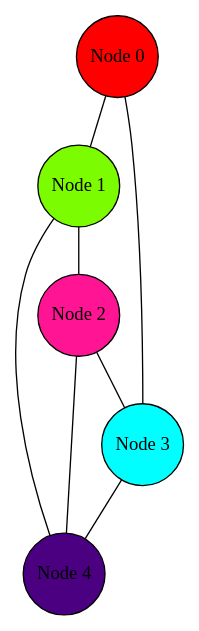
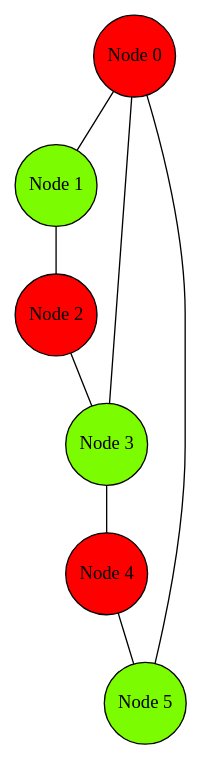
Before and after one commit to AlexanderSenchenko/Graph_coloring: the diagram in graph.gv, drawn with Graphviz. The commit also changed 7 other files, not shown here.

```diff
--- a/graph.gv
+++ b/graph.gv
@@ -1,18 +1,19 @@
 digraph HelloGraph {
 	node [shape="circle", style="filled", margin="0.01"];
 	edge [dir="none"];
 
 	"Node 0" [fillcolor="red"]
 	"Node 1" [fillcolor="lawngreen"]
-	"Node 2" [fillcolor="deeppink"]
-	"Node 3" [fillcolor="cyan"]
-	"Node 4" [fillcolor="indigo"]
+	"Node 2" [fillcolor="red"]
+	"Node 3" [fillcolor="lawngreen"]
+	"Node 4" [fillcolor="red"]
+	"Node 5" [fillcolor="lawngreen"]
 
 	"Node 0" -> "Node 1";
 	"Node 0" -> "Node 3";
+	"Node 0" -> "Node 5";
 	"Node 1" -> "Node 2";
-	"Node 1" -> "Node 4";
 	"Node 2" -> "Node 3";
-	"Node 2" -> "Node 4";
 	"Node 3" -> "Node 4";
+	"Node 4" -> "Node 5";
 }
```
